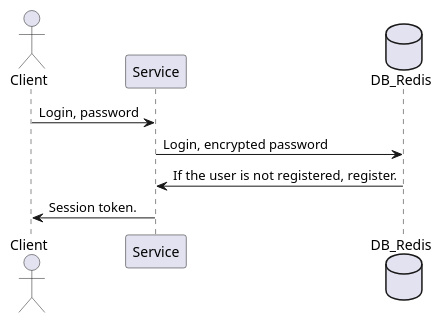
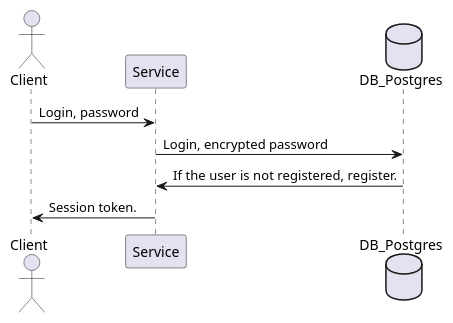
The diagram in doc/register_new_user.puml (DeneesK/auth-service-flask), drawn with PlantUML before and after one commit. The commit also changed 4 other files, not shown here.

```diff
--- a/doc/register_new_user.puml
+++ b/doc/register_new_user.puml
@@ -1,8 +1,8 @@
 @startuml
 actor Client
 Client -> Service: Login, password
-database DB_Redis
-Service -> DB_Redis: Login, encrypted password
-DB_Redis -> Service: If the user is not registered, register.
+database DB_Postgres
+Service -> DB_Postgres: Login, encrypted password
+DB_Postgres -> Service: If the user is not registered, register.
 Service -> Client: Session token.
 @enduml
```
